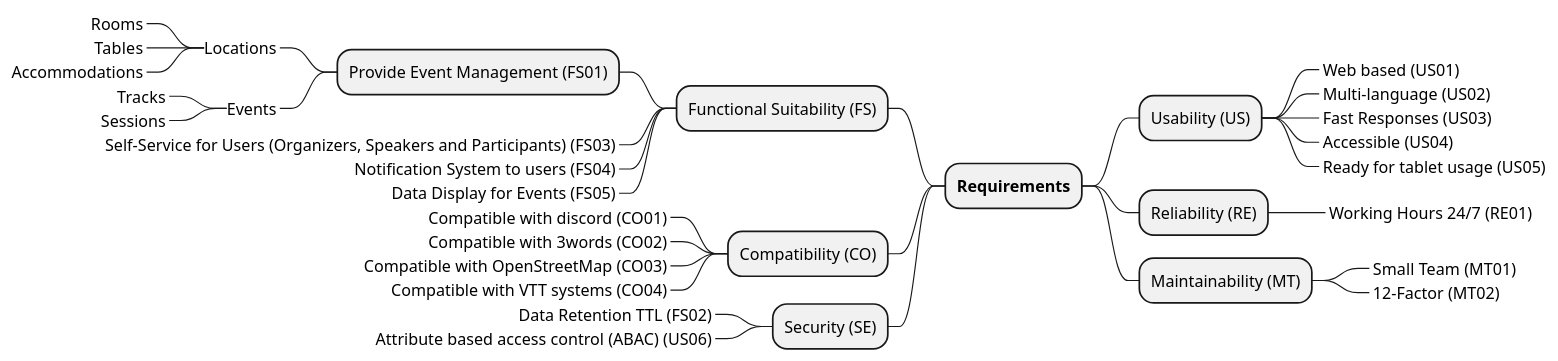
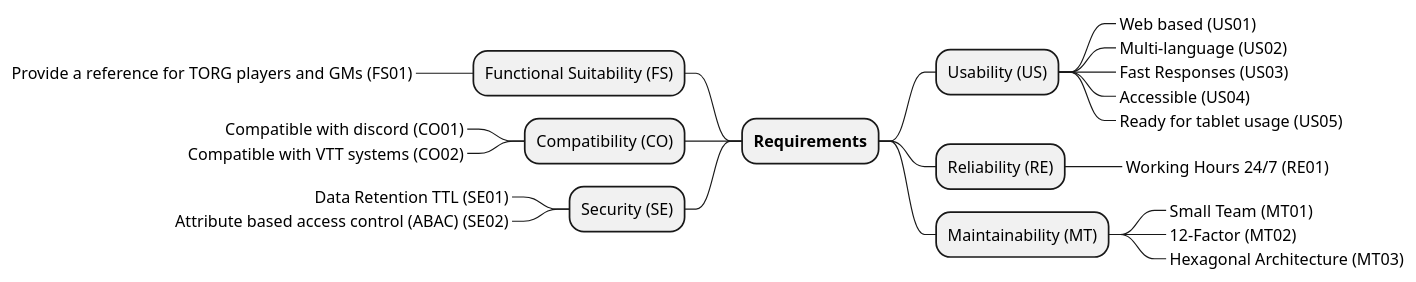
The diagram in docs/modules/arc42/pages/10_quality_requirements.adoc (Paladins-Inn/torg-codex), drawn with PlantUML before and after one commit. The commit also changed other lines of this file and 171 other files, not shown here.

Commit message:
chore: Introduce full hexagonal architecture

```diff
--- a/docs/modules/arc42/pages/10_quality_requirements.adoc
+++ b/docs/modules/arc42/pages/10_quality_requirements.adoc
@@ -38,38 +35,27 @@
 [plantuml,quality-tree,svg]
 ----
 @startmindmap
 + **Requirements**
 -- Functional Suitability (FS)
---- Provide Event Management (FS01)
-----_ Locations
------_ Rooms
------_ Tables
------_ Accommodations
-----_ Events
------_ Tracks
------_ Sessions
----_ Self-Service for Users (Organizers, Speakers and Participants) (FS03)
----_ Notification System to users (FS04)
----_ Data Display for Events (FS05)
+---_ Provide a reference for TORG players and GMs (FS01)
 -- Compatibility (CO)
 ---_ Compatible with discord (CO01)
----_ Compatible with 3words (CO02)
----_ Compatible with OpenStreetMap (CO03)
----_ Compatible with VTT systems (CO04)
+---_ Compatible with VTT systems (CO02)
 -- Security (SE)
----_ Data Retention TTL (FS02)
----_ Attribute based access control (ABAC) (US06)
+---_ Data Retention TTL (SE01)
+---_ Attribute based access control (ABAC) (SE02)
 
 ++ Usability (US)
 +++_ Web based (US01)
 +++_ Multi-language (US02)
 +++_ Fast Responses (US03)
 +++_ Accessible (US04)
 +++_ Ready for tablet usage (US05)
 ++ Reliability (RE)
 +++_ Working Hours 24/7 (RE01)
 ++ Maintainability (MT)
 +++_ Small Team (MT01)
 +++_ 12-Factor (MT02)
++++_ Hexagonal Architecture (MT03)
 @endmindmap
 ----
```
